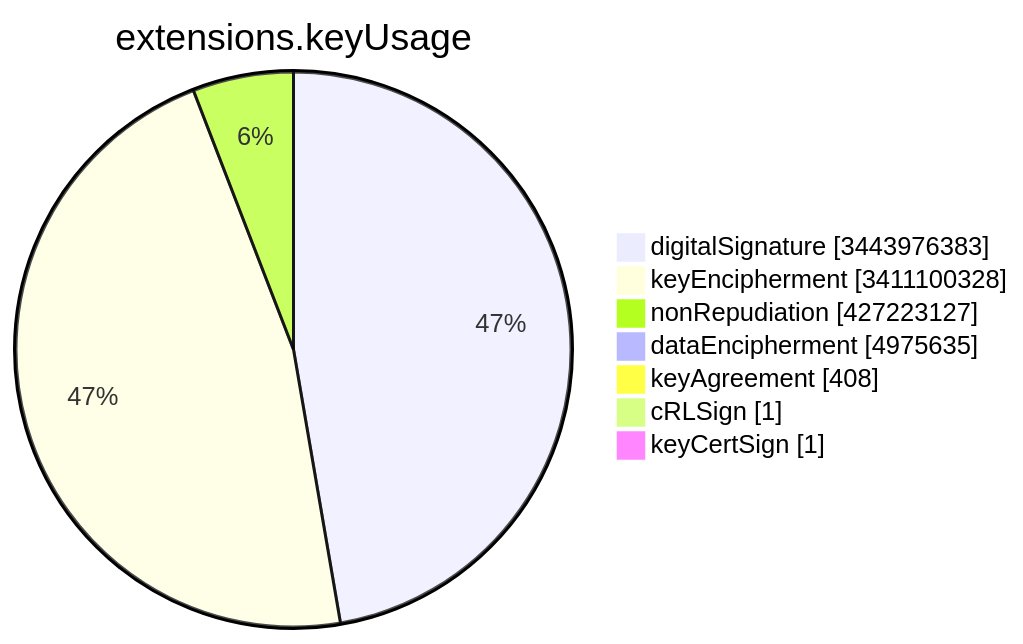
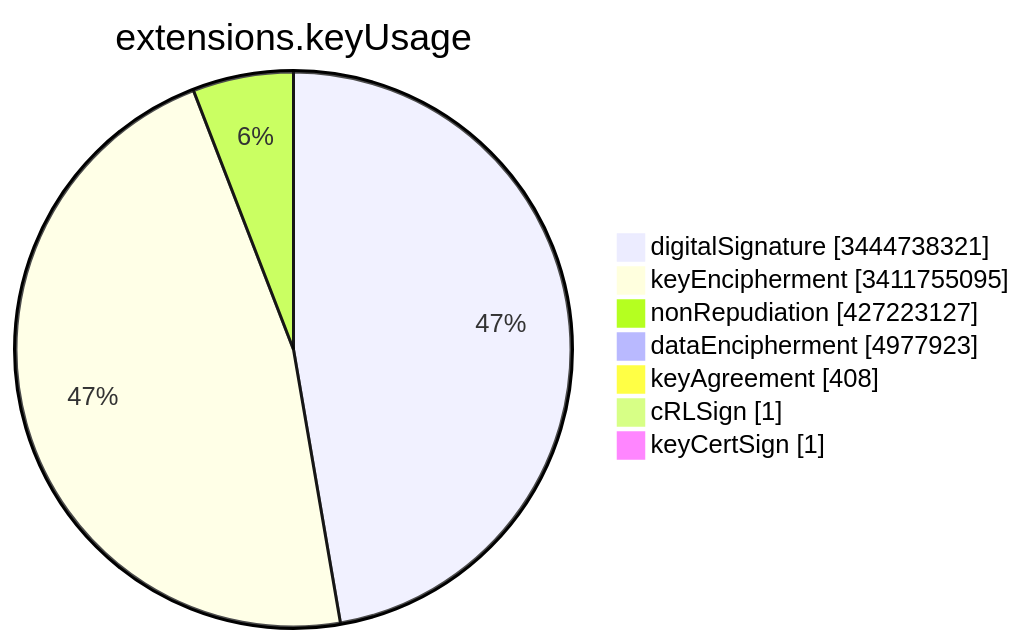
One commit to christiankrug/ctmonitor_visualization changed the sixth of 15 diagrams in TOTAL/README.md. Above: the diagram before and after it, drawn with Mermaid. The commit also changed other lines of this file, not shown here.

````diff
--- a/TOTAL/README.md
+++ b/TOTAL/README.md
@@ -3082,11 +3082,11 @@
 ```mermaid
 pie showData
 title extensions.keyUsage
-"digitalSignature" :3443976383
-"keyEncipherment" :3411100328
+"digitalSignature" :3444738321
+"keyEncipherment" :3411755095
 "nonRepudiation" :427223127
-"dataEncipherment" :4975635
+"dataEncipherment" :4977923
 "keyAgreement" :408
 "cRLSign" :1
 "keyCertSign" :1
 ```
````
